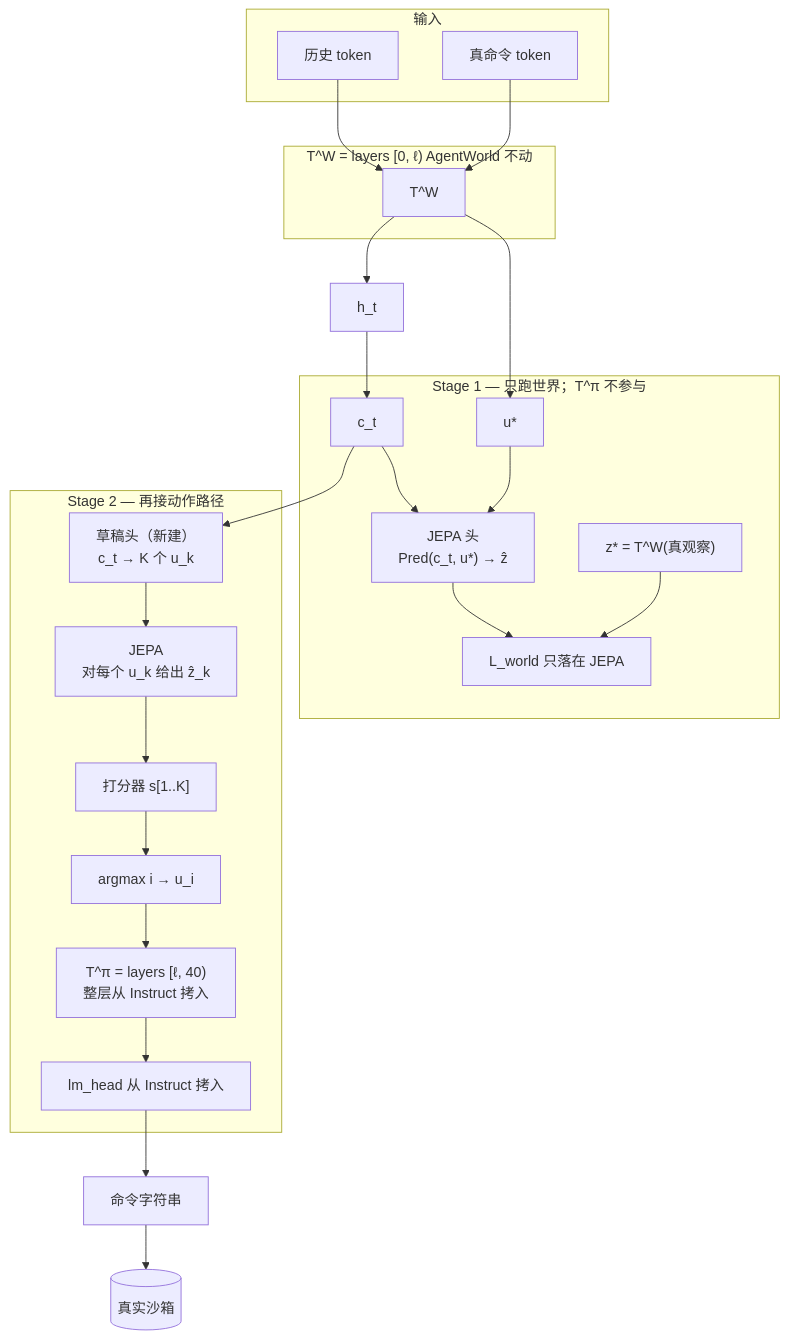
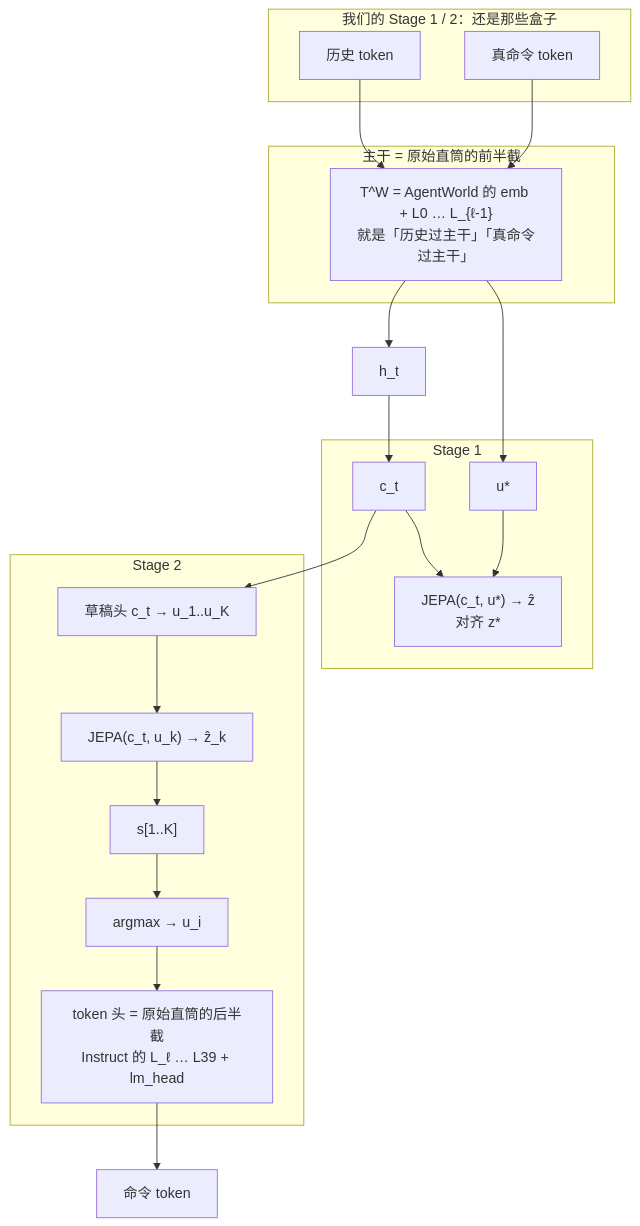
Before and after one commit to MegaGimen/BIV: the second of 3 diagrams in AGENTS.md, drawn with Mermaid. The commit also changed other lines of this file, not shown here.

First line of the commit message:
Map T^W to the Stage 1/2 trunk: cut the original Qwen3.5 pipe at ℓ.

````diff
--- a/AGENTS.md
+++ b/AGENTS.md
@@ -181,40 +208,35 @@
 ```mermaid
 flowchart TD
-    subgraph sg_in["输入"]
+    subgraph sg_in["我们的 Stage 1 / 2：还是那些盒子"]
         H["历史 token"]
         USTAR["真命令 token"]
     end
 
     H --> TW
     USTAR --> TW
 
-    subgraph sg_tw["T^W = layers [0, ℓ)  AgentWorld 不动"]
-        TW["T^W"]
+    subgraph sg_tw["主干 = 原始直筒的前半截"]
+        TW["T^W = AgentWorld 的 emb + L0 … L_{ℓ-1}<br/>就是「历史过主干」「真命令过主干」"]
     end
 
     TW --> HT["h_t"]
     HT --> CT["c_t"]
     TW --> UENC["u*"]
 
-    subgraph sg_s1["Stage 1 — 只跑世界；T^π 不参与"]
-        JEPA1["JEPA 头<br/>Pred(c_t, u*) → ẑ"]
+    subgraph sg_s1["Stage 1"]
+        JEPA1["JEPA(c_t, u*) → ẑ<br/>对齐 z*"]
         CT --> JEPA1
         UENC --> JEPA1
-        ZSTAR["z* = T^W(真观察)"]
-        JEPA1 --> L1["L_world 只落在 JEPA"]
-        ZSTAR --> L1
     end
 
-    subgraph sg_s2["Stage 2 — 再接动作路径"]
-        DRAFT["草稿头（新建）<br/>c_t → K 个 u_k"]
+    subgraph sg_s2["Stage 2"]
+        DRAFT["草稿头 c_t → u_1..u_K"]
         CT --> DRAFT
-        DRAFT --> JEPA2["JEPA<br/>对每个 u_k 给出 ẑ_k"]
-        JEPA2 --> SC["打分器 s[1..K]"]
-        SC --> ARG["argmax i → u_i"]
-        ARG --> TP["T^π = layers [ℓ, 40)<br/>整层从 Instruct 拷入"]
-        TP --> LMH["lm_head 从 Instruct 拷入"]
+        DRAFT --> JEPA2["JEPA(c_t, u_k) → ẑ_k"]
+        JEPA2 --> SC["s[1..K]"]
+        SC --> ARG["argmax → u_i"]
+        ARG --> TP["token 头 = 原始直筒的后半截<br/>Instruct 的 L_ℓ … L39 + lm_head"]
     end
 
-    LMH --> ACT["命令字符串"]
-    ACT --> ENV[("真实沙箱")]
+    TP --> ACT["命令 token"]
 ```
````
